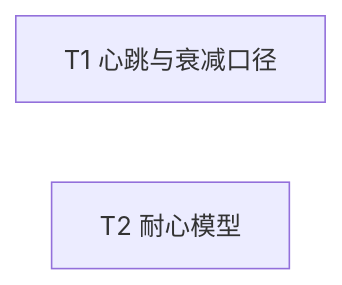
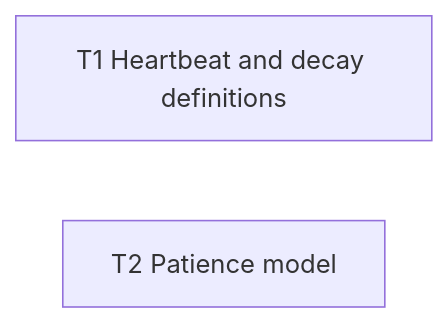
Before and after one commit to Curry09/AHE-Beta: the diagram in docs/specs/0012-user-wait-realism.md, drawn with Mermaid. The commit also changed other lines of this file and 531 other files, not shown here.

````diff
--- a/docs/specs/0012-user-wait-realism.md
+++ b/docs/specs/0012-user-wait-realism.md
@@ -74,5 +74,5 @@
 ```mermaid
 graph LR
-  T1[T1 心跳与衰减口径]
-  T2[T2 耐心模型]
+  T1[T1 Heartbeat and decay definitions]
+  T2[T2 Patience model]
 ```
````
